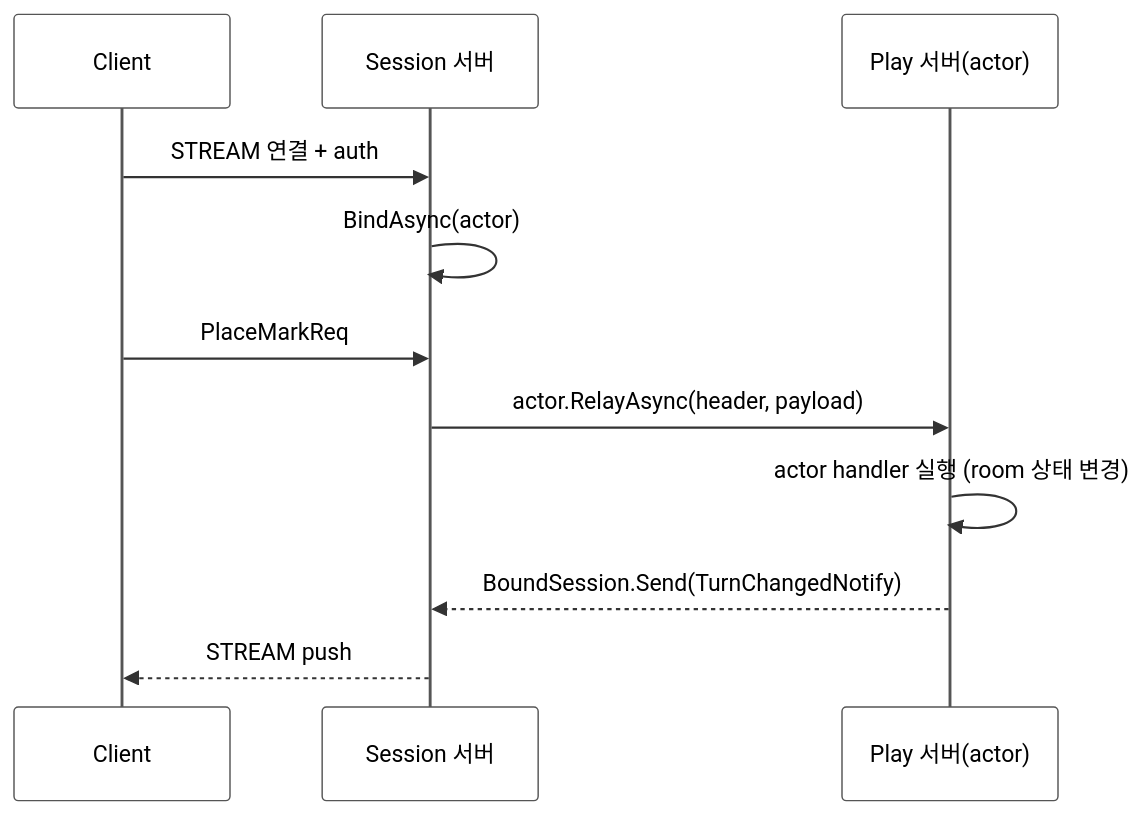
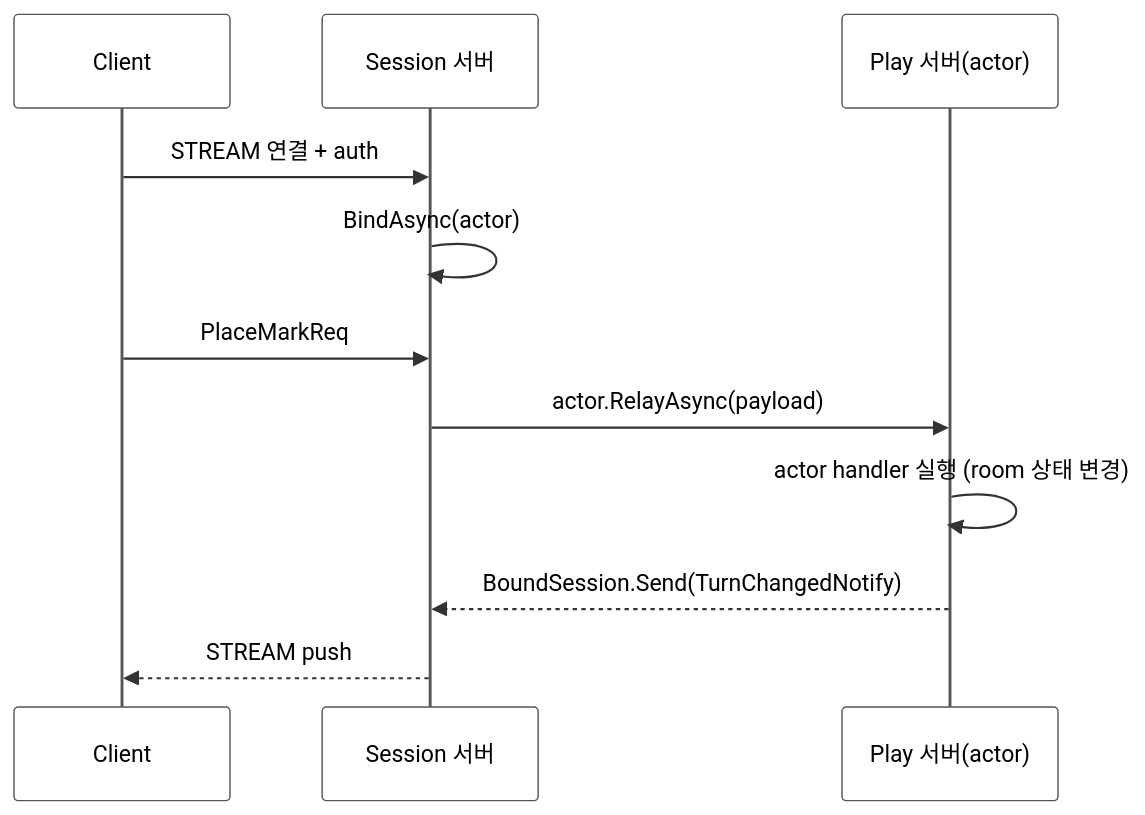
One commit to kairos-code-dev/zlink changed the diagram in framework/doc/framework/dotnet/guide/06-actor-session.ko.md. Above: the diagram before and after it, drawn with Mermaid. The commit also changed other lines of this file and 248 other files, not shown here.

````diff
--- a/framework/doc/framework/dotnet/guide/06-actor-session.ko.md
+++ b/framework/doc/framework/dotnet/guide/06-actor-session.ko.md
@@ -219,14 +223,14 @@
 ```mermaid
 sequenceDiagram
 %%{init: {'theme': 'base', 'themeVariables': {'signalTextColor': '#000000', 'actorTextColor': '#000000', 'noteTextColor': '#000000', 'actorBkg': '#ffffff', 'actorBorder': '#555555', 'activationBorderColor': '#555555'}}}%%
   participant C as Client
   participant S as Session 서버
   participant P as Play 서버(actor)
   C->>S: STREAM 연결 + auth
   S->>S: BindAsync(actor)
   C->>S: PlaceMarkReq
-  S->>P: actor.RelayAsync(header, payload)
+  S->>P: actor.RelayAsync(payload)
   P->>P: actor handler 실행 (room 상태 변경)
   P-->>S: BoundSession.Send(TurnChangedNotify)
   S-->>C: STREAM push
 ```
````
